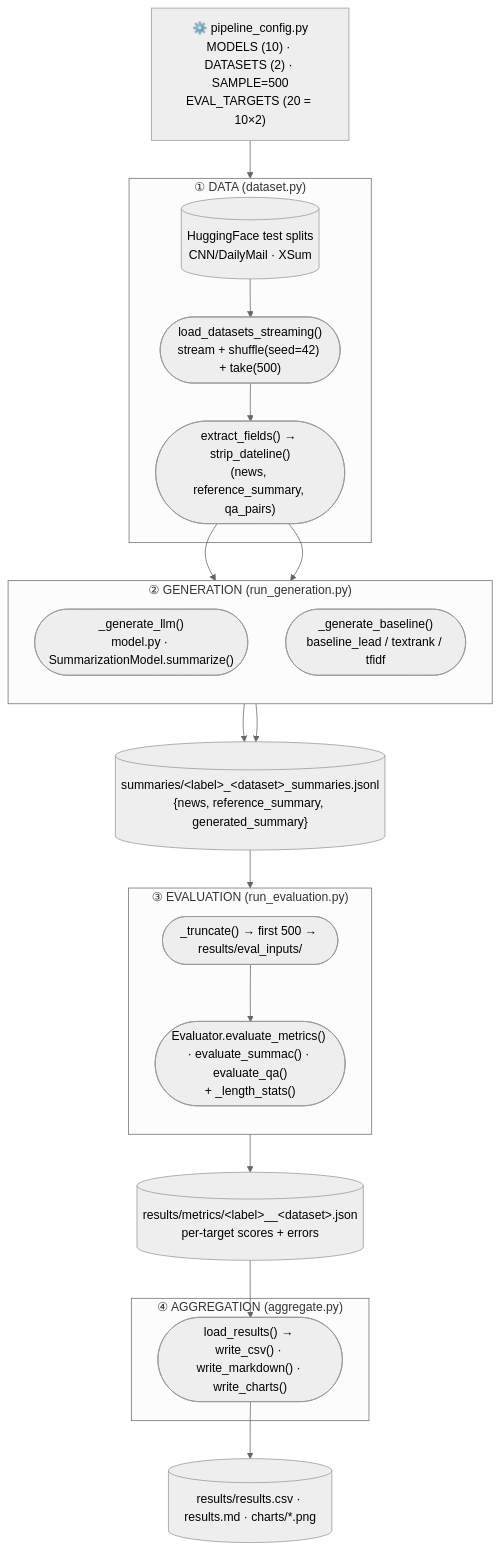
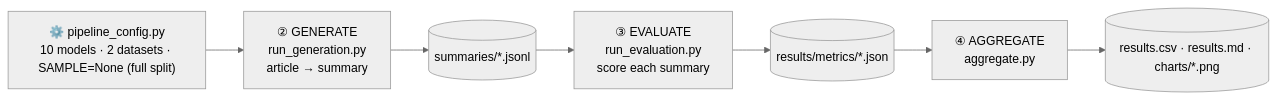
The diagram in WORKFLOW.md (milannal1m/nlp-project-working-name), drawn with Mermaid (neutral theme) before and after one commit. The commit also changed other lines of this file, not shown here.

Commit message:
Simplify WORKFLOW.md; full split, launch with bash not sbatch

````diff
--- a/WORKFLOW.md
+++ b/WORKFLOW.md
@@ -15,45 +39,12 @@
 ```mermaid
-flowchart TD
-    %% ---------- states are rectangles, functions are rounded ----------
-    cfg["⚙️ pipeline_config.py<br/>MODELS (10) · DATASETS (2) · SAMPLE=500<br/>EVAL_TARGETS (20 = 10×2)"]
+flowchart LR
+    cfg["⚙️ pipeline_config.py<br/>10 models · 2 datasets · SAMPLE=None (full split)"]
+    gen["② GENERATE<br/>run_generation.py<br/>article → summary"]
+    sums[("summaries/*.jsonl")]
+    eval["③ EVALUATE<br/>run_evaluation.py<br/>score each summary"]
+    metrics[("results/metrics/*.json")]
+    agg["④ AGGREGATE<br/>aggregate.py"]
+    out[("results.csv · results.md · charts/*.png")]
 
-    subgraph S1["① DATA  (dataset.py)"]
-        raw[("HuggingFace test splits<br/>CNN/DailyMail · XSum")]
-        load(["load_datasets_streaming()<br/>stream + shuffle(seed=42) + take(500)"])
-        extract(["extract_fields() → strip_dateline()<br/>(news, reference_summary, qa_pairs)"])
-        raw --> load --> extract
-    end
-
-    subgraph S2["② GENERATION  (run_generation.py)"]
-        direction TB
-        llm(["_generate_llm()<br/>model.py · SummarizationModel.summarize()"])
-        base(["_generate_baseline()<br/>baseline_lead / textrank / tfidf"])
-    end
-
-    sums[("summaries/&lt;label&gt;_&lt;dataset&gt;_summaries.jsonl<br/>{news, reference_summary, generated_summary}")]
-
-    subgraph S3["③ EVALUATION  (run_evaluation.py)"]
-        direction TB
-        trunc(["_truncate() → first 500 → results/eval_inputs/"])
-        ev(["Evaluator.evaluate_metrics() · evaluate_summac() · evaluate_qa()<br/>+ _length_stats()"])
-        trunc --> ev
-    end
-
-    metrics[("results/metrics/&lt;label&gt;__&lt;dataset&gt;.json<br/>per-target scores + errors")]
-
-    subgraph S4["④ AGGREGATION  (aggregate.py)"]
-        agg(["load_results() → write_csv() · write_markdown() · write_charts()"])
-    end
-
-    out[("results/results.csv · results.md · charts/*.png")]
-
-    cfg --> S1
-    extract --> llm
-    extract --> base
-    llm --> sums
-    base --> sums
-    sums --> trunc
-    ev --> metrics
-    metrics --> agg
-    agg --> out
+    cfg --> gen --> sums --> eval --> metrics --> agg --> out
 ```
````
